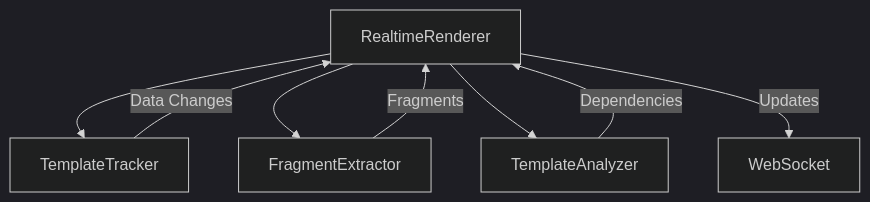
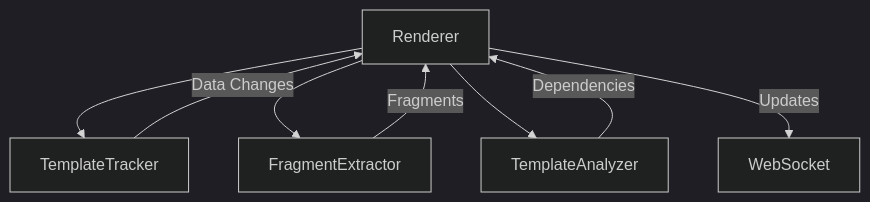
One commit to livetemplate/livetemplate changed the diagram in .github/instructions/llm-instructions.md. Above: the diagram before and after it, drawn with Mermaid (dark theme). The commit also changed other lines of this file and 14 other files, not shown here.

````diff
--- a/.github/instructions/llm-instructions.md
+++ b/.github/instructions/llm-instructions.md
@@ -231,12 +231,12 @@
 ```mermaid
 graph TB
-    RT[RealtimeRenderer] --> TT[TemplateTracker]
+    RT[Renderer] --> TT[TemplateTracker]
     RT --> FE[FragmentExtractor]
     RT --> TA[TemplateAnalyzer]
 
     TT --> |Data Changes| RT
     FE --> |Fragments| RT
     TA --> |Dependencies| RT
 
     RT --> |Updates| WS[WebSocket]
 ```
````
